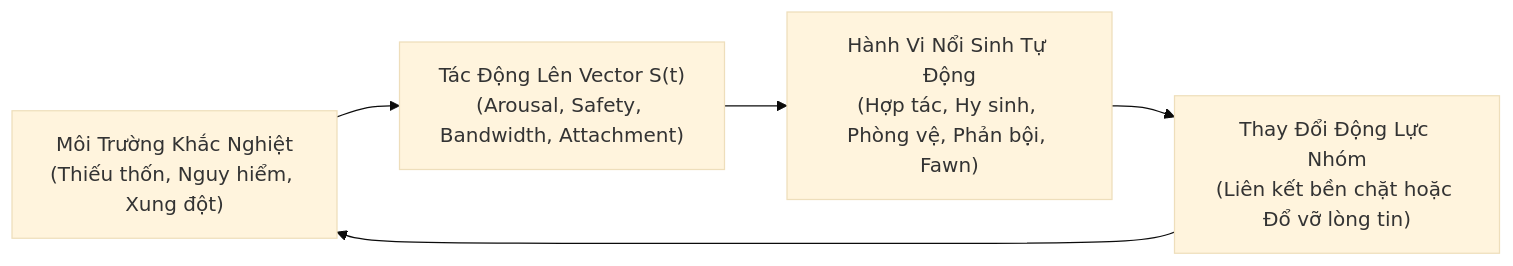
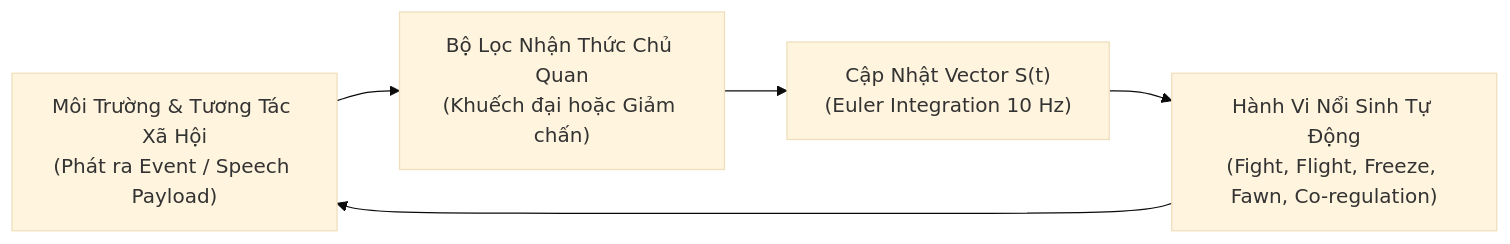
The third of 3 diagrams in Thiet-Ke-Game-Mo-Phong-Tam-Ly-Emergence.md (HeldenChill/Researchs), drawn with Mermaid (base theme) before and after one commit. The commit also changed other lines of this file and 6 other files, not shown here.

````diff
--- a/Thiet-Ke-Game-Mo-Phong-Tam-Ly-Emergence.md
+++ b/Thiet-Ke-Game-Mo-Phong-Tam-Ly-Emergence.md
@@ -82,7 +145,7 @@
 ```mermaid
 flowchart LR
-    A["Môi Trường Khắc Nghiệt<br/>(Thiếu thốn, Nguy hiểm, Xung đột)"] --> B["Tác Động Lên Vector S(t)<br/>(Arousal, Safety, Bandwidth, Attachment)"]
-    B --> C["Hành Vi Nổi Sinh Tự Động<br/>(Hợp tác, Hy sinh, Phòng vệ, Phản bội, Fawn)"]
-    C --> D["Thay Đổi Động Lực Nhóm<br/>(Liên kết bền chặt hoặc Đổ vỡ lòng tin)"]
+    A["Môi Trường & Tương Tác Xã Hội<br/>(Phát ra Event / Speech Payload)"] --> B["Bộ Lọc Nhận Thức Chủ Quan<br/>(Khuếch đại hoặc Giảm chấn)"]
+    B --> C["Cập Nhật Vector S(t)<br/>(Euler Integration 10 Hz)"]
+    C --> D["Hành Vi Nổi Sinh Tự Động<br/>(Fight, Flight, Freeze, Fawn, Co-regulation)"]
     D --> A
 ```
````
